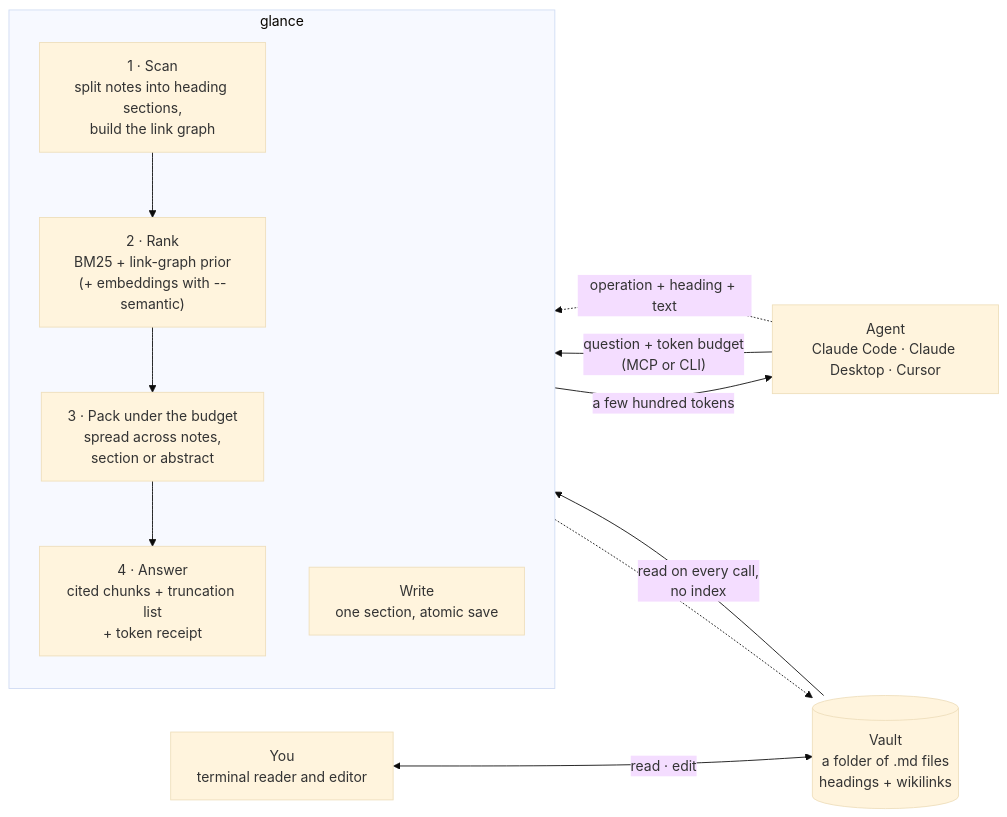
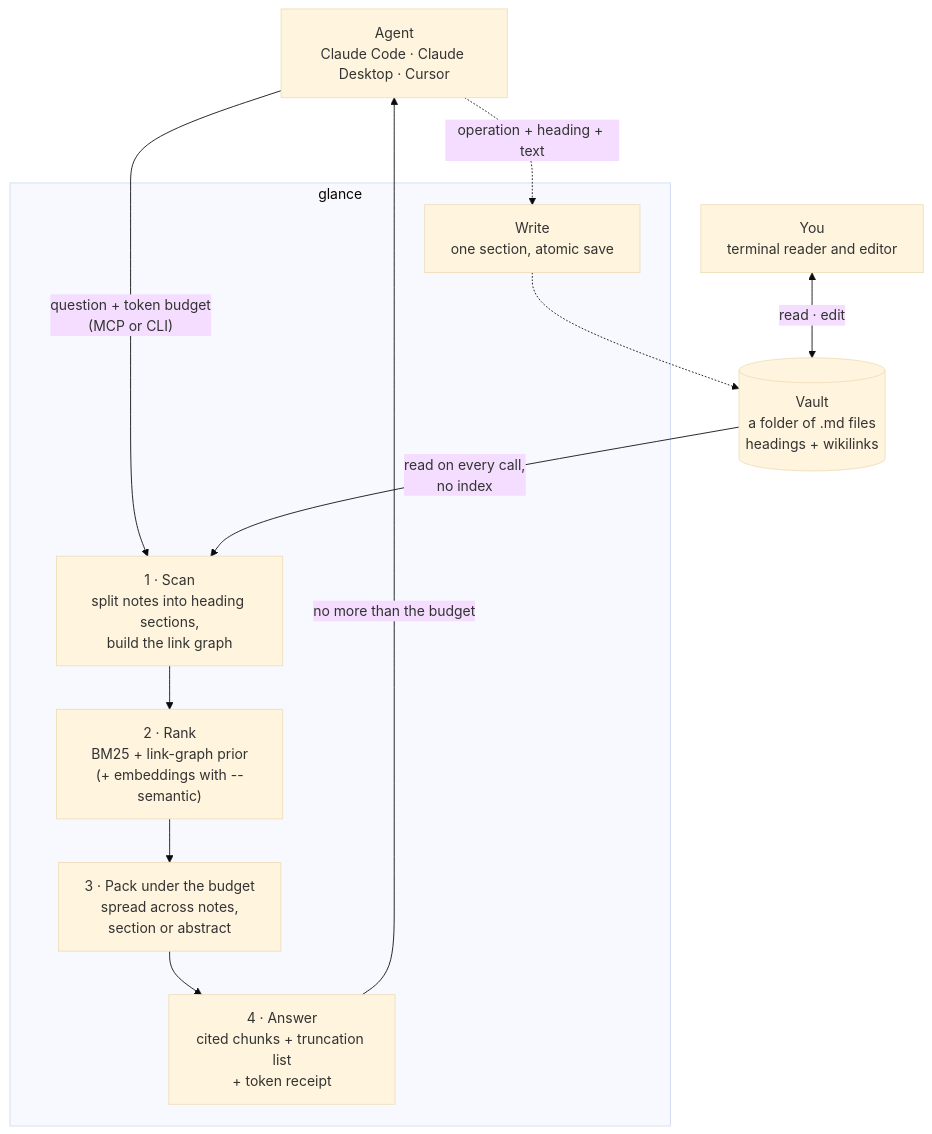
Before and after one commit to LucaTamSapienza/glance: the diagram in README.md, drawn with Mermaid (base theme). The commit also changed other lines of this file and 5 other files, not shown here.

````diff
--- a/README.md
+++ b/README.md
@@ -86,23 +86,22 @@
 ```mermaid
-flowchart LR
+flowchart TB
     A["Agent<br/>Claude Code · Claude Desktop · Cursor"]
     H["You<br/>terminal reader and editor"]
     V[("Vault<br/>a folder of .md files<br/>headings + wikilinks")]
 
     subgraph G["glance"]
-        direction TB
         S["1 · Scan<br/>split notes into heading sections,<br/>build the link graph"]
         R["2 · Rank<br/>BM25 + link-graph prior<br/>(+ embeddings with --semantic)"]
         P["3 · Pack under the budget<br/>spread across notes,<br/>section or abstract"]
         O["4 · Answer<br/>cited chunks + truncation list<br/>+ token receipt"]
         S --> R --> P --> O
         W["Write<br/>one section, atomic save"]
     end
 
     A -->|"question + token budget<br/>(MCP or CLI)"| S
     V -->|"read on every call,<br/>no index"| S
-    O -->|"a few hundred tokens"| A
+    O -->|"no more than the budget"| A
     A -.->|"operation + heading + text"| W
     W -.-> V
     H <-->|"read · edit"| V
 ```
````
